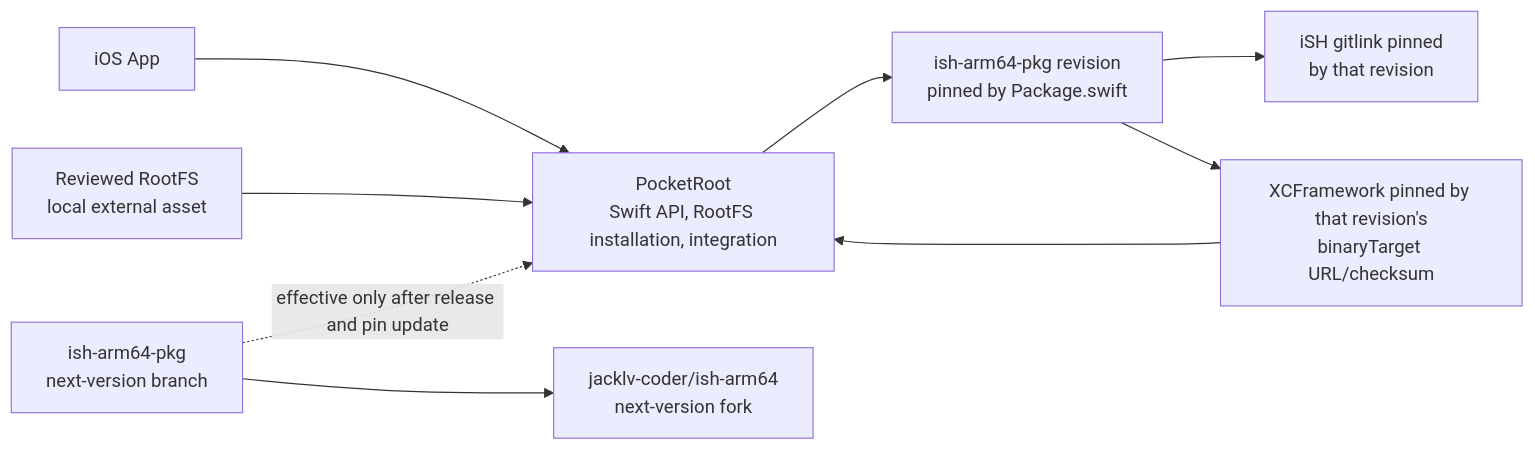
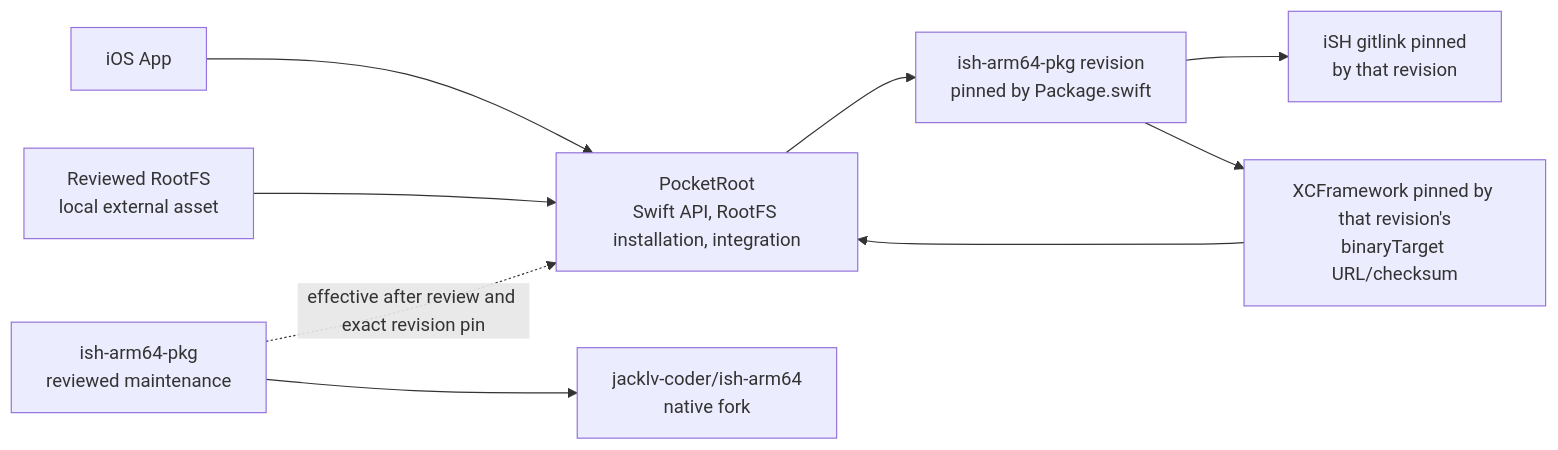
The first of 2 diagrams in Docs/en/TechnicalGuide.md (jacklv-coder/PocketRoot), drawn with Mermaid before and after one commit. The commit also changed other lines of this file and 10 other files, not shown here.

````diff
--- a/Docs/en/TechnicalGuide.md
+++ b/Docs/en/TechnicalGuide.md
@@ -40,12 +40,12 @@
 ```mermaid
 flowchart LR
     App["iOS App"] --> PR["PocketRoot<br/>Swift API, RootFS installation, integration"]
     PR --> Pkg["ish-arm64-pkg revision<br/>pinned by Package.swift"]
     Pkg --> Native["iSH gitlink pinned<br/>by that revision"]
     Pkg --> XC["XCFramework pinned by that revision's<br/>binaryTarget URL/checksum"]
     XC --> PR
     RootFS["Reviewed RootFS<br/>local external asset"] --> PR
 
-    DevPkg["ish-arm64-pkg<br/>next-version branch"] --> DevNative["jacklv-coder/ish-arm64<br/>next-version fork"]
-    DevPkg -. "effective only after release and pin update" .-> PR
+    PkgFix["ish-arm64-pkg<br/>reviewed maintenance"] --> NativeFork["jacklv-coder/ish-arm64<br/>native fork"]
+    PkgFix -. "effective after review and exact revision pin" .-> PR
 ```
````
